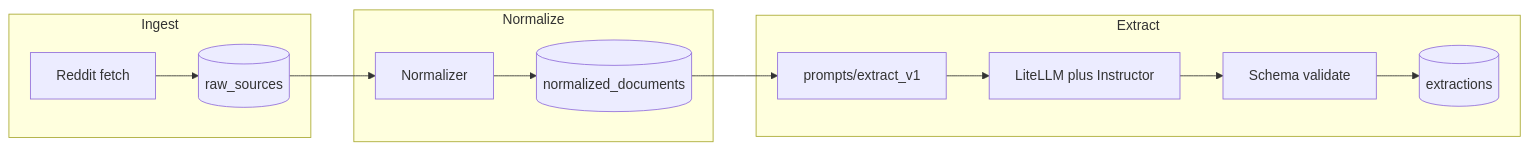
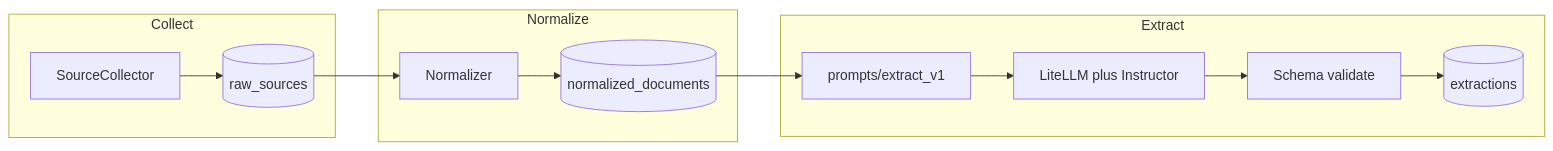
One commit to Brohammad/PainMiningEngine changed the diagram in docs/architecture.md. Above: the diagram before and after it, drawn with Mermaid. The commit also changed other lines of this file and 76 other files, not shown here.

First line of the commit message:
Refactor pipeline to source-agnostic RawDiscussion architecture.

````diff
--- a/docs/architecture.md
+++ b/docs/architecture.md
@@ -25,24 +25,24 @@
 ```mermaid
 flowchart LR
-  subgraph ingest [Ingest]
-    Reddit[Reddit fetch]
+  subgraph ingest [Collect]
+    Collector[SourceCollector]
     Raw[(raw_sources)]
   end
   subgraph normalize [Normalize]
     Norm[Normalizer]
     Doc[(normalized_documents)]
   end
   subgraph extract [Extract]
     Prompt[prompts/extract_v1]
     LLM[LiteLLM plus Instructor]
     Val[Schema validate]
     Ext[(extractions)]
   end
-  Reddit --> Raw
+  Collector --> Raw
   Raw --> Norm
   Norm --> Doc
   Doc --> Prompt
   Prompt --> LLM
   LLM --> Val
   Val --> Ext
 ```
````
